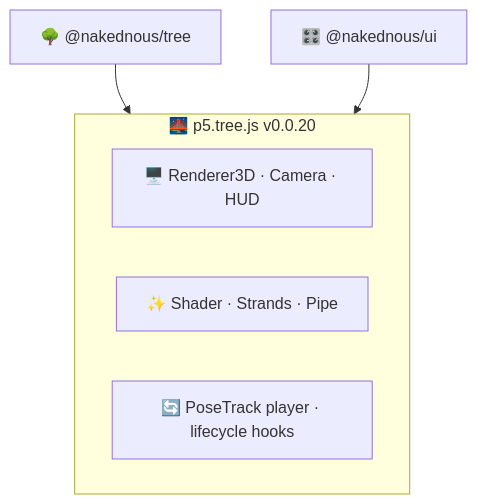
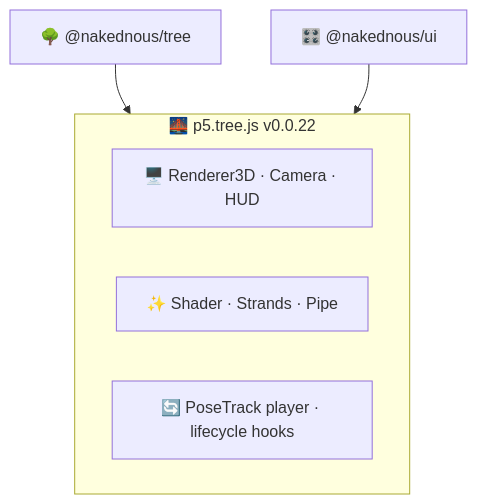
One commit to ABJ-d/tree changed the third of 8 diagrams in slides.md. Above: the diagram before and after it, drawn with Mermaid. The commit also changed other lines of this file and 2 other files, not shown here.

````diff
--- a/slides.md
+++ b/slides.md
@@ -97,14 +97,14 @@
 ```mermaid
 flowchart TB
   T["🌳 @nakednous/tree"]
   U["🎛️ @nakednous/ui"]
 
-  subgraph P["🌉 p5.tree.js v0.0.20"]
+  subgraph P["🌉 p5.tree.js v0.0.22"]
     p1["🖥️ Renderer3D · Camera · HUD"]
     p2["✨ Shader · Strands · Pipe"]
     p3["🔄 PoseTrack player · lifecycle hooks"]
   end
 
   T --> P
   U --> P
 ```
````
